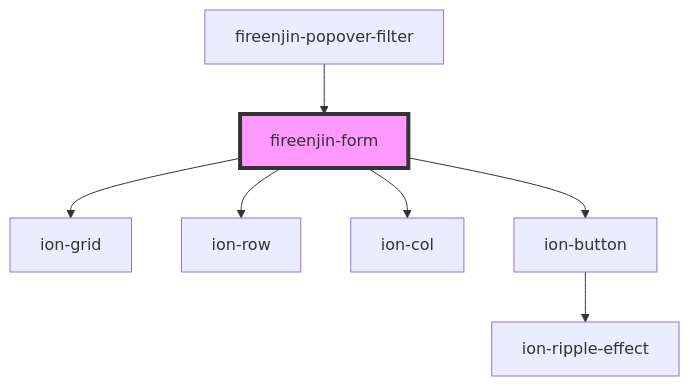
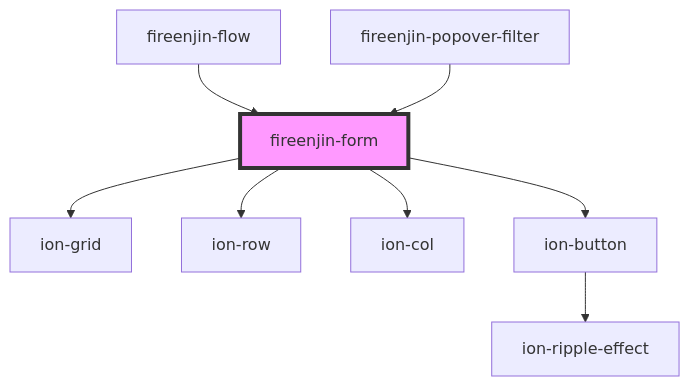
One commit to FireEnjin/Components changed the diagram in src/components/form/readme.md. Above: the diagram before and after it, drawn with Mermaid. The commit also changed other lines of this file and 7 other files, not shown here.

Commit message:
feat(): Add new fireenjin-flow component

````diff
--- a/src/components/form/readme.md
+++ b/src/components/form/readme.md
@@ -115,10 +116,11 @@
 ```mermaid
 graph TD;
   fireenjin-form --> ion-grid
   fireenjin-form --> ion-row
   fireenjin-form --> ion-col
   fireenjin-form --> ion-button
   ion-button --> ion-ripple-effect
+  fireenjin-flow --> fireenjin-form
   fireenjin-popover-filter --> fireenjin-form
   style fireenjin-form fill:#f9f,stroke:#333,stroke-width:4px
 ```
````
